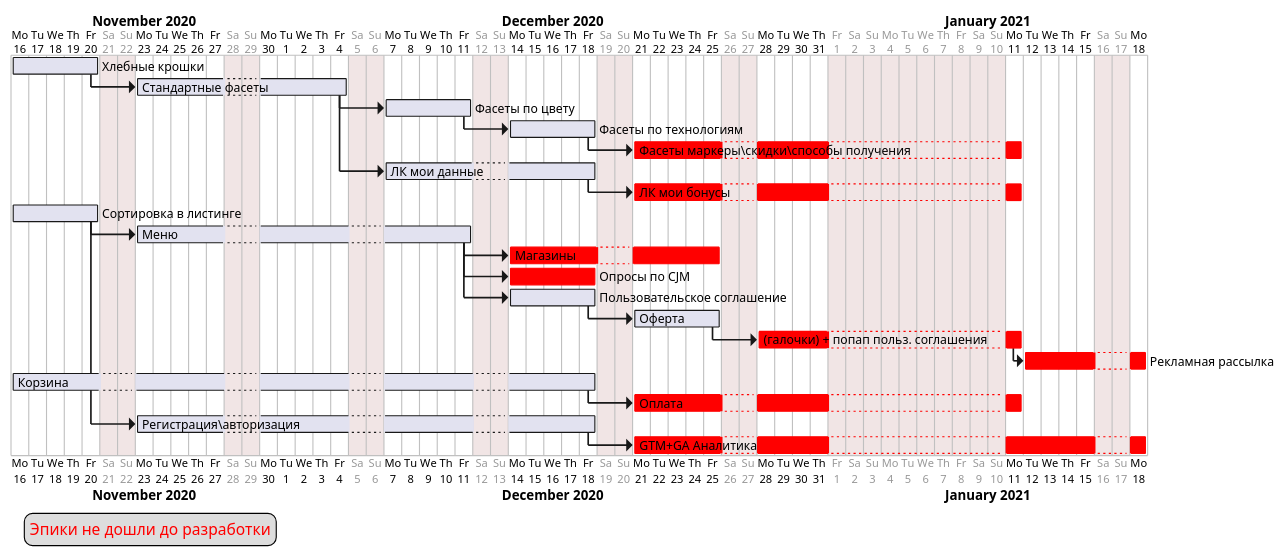
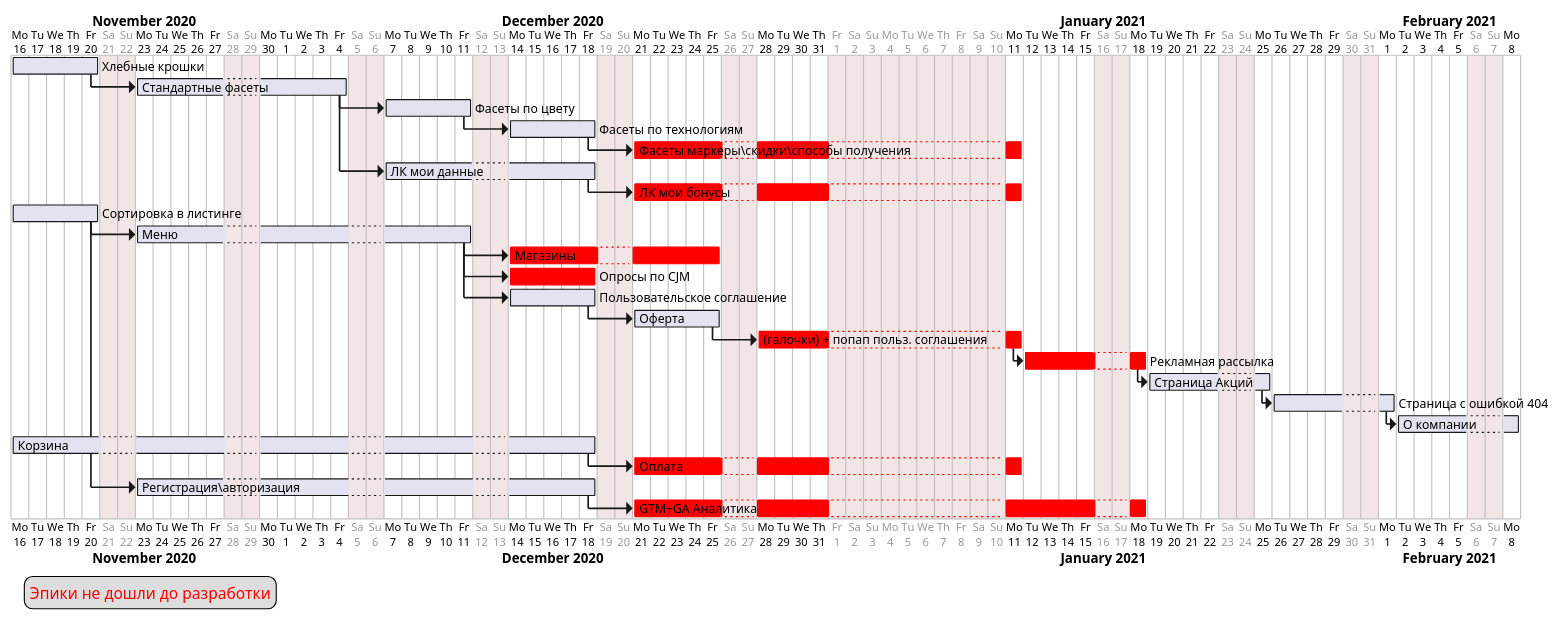
The diagram in roadMap.puml (ViKt0R-K/plantuml), drawn with PlantUML before and after one commit.

```diff
--- a/roadMap.puml
+++ b/roadMap.puml
@@ -1,66 +1,72 @@
 @startgantt
 project starts the 2020/11/16
 saturday are closed
 sunday are closed
 '2020/12/09 is closed
 2021/01/01 to 2021/01/10 is closed
 
 [Хлебные крошки] as [categoryBranch] lasts 1 week
 [Стандартные фасеты] as [fasets] lasts 2 week
 [Фасеты по цвету] as [fasetsC] lasts 1 week
 [Фасеты по технологиям] as [fasetsT] lasts 1 week
 [Фасеты маркеры\скидки\способы получения] as [fasetsH] lasts 2 week
 
 [ЛК мои данные] as [userHome] lasts 2 week
 [ЛК мои бонусы] as [userBonus] lasts 2 week
 
 [Сортировка в листинге] as [sort] lasts 1 week
 [Меню] as [menu] lasts 3 week
 [Магазины] as [store] lasts 2 week
 [Опросы по CJM] as [cjm] lasts 1 week
 [Пользовательское соглашение] as [privacy] lasts 1 week
 [Оферта] as [oferta] lasts 1 week
 [(галочки) + попап польз. соглашения] as [privacyPopUp] lasts 1 week
 [Рекламная рассылка] as [promo] lasts 1 week
+[Страница Акций] as [action] lasts 1 week
+[Страница с ошибкой 404] as [404] lasts 1 week
+[О компании] as [about] lasts 1 week
 
 [Корзина] as [cart] lasts 5 week
 [Оплата] as [checkout] lasts 2 week
 
 [Регистрация\авторизация] as [auth] lasts 4 week
 [GTM+GA Аналитика] as [gtmGa] lasts 3 week
 
 [fasetsH] is colored in red
 [store] is colored in red
 [userBonus] is colored in red
 [cjm] is colored in red
 [privacyPopUp] is colored in red
 [promo] is colored in red
 [gtmGa] is colored in red
 [checkout] is colored in red
 
 [categoryBranch]->[fasets]
 [fasets]->[fasetsC]
 [fasetsC]->[fasetsT]
 [fasetsT]->[fasetsH]
 [fasets]->[userHome]
 [userHome]->[userBonus]
 
 
 [sort]->[menu]
 [menu]->[store]
 [menu]->[cjm]
 [menu]->[privacy]
 [privacy]->[oferta]
 [oferta]->[privacyPopUp]
 [privacyPopUp]-> [promo]
+[promo]-> [action]
+[action]-> [404]
+[404]-> [about]
 
 [cart]->[checkout]
 
 [sort]->[auth]
 [auth]->[gtmGa]
 
 legend left
 <font color=red>Эпики не дошли до разработки</font>
 endlegend
 
 @endgantt
```
